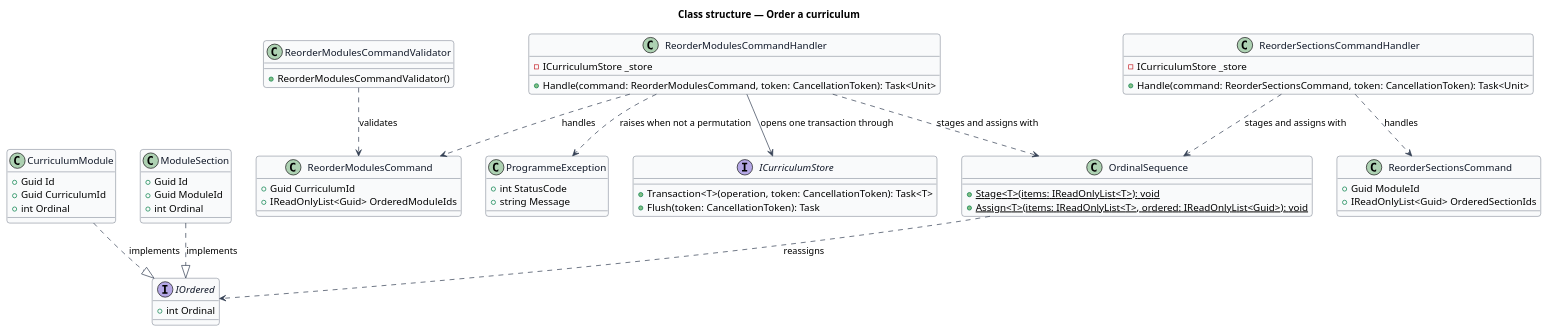
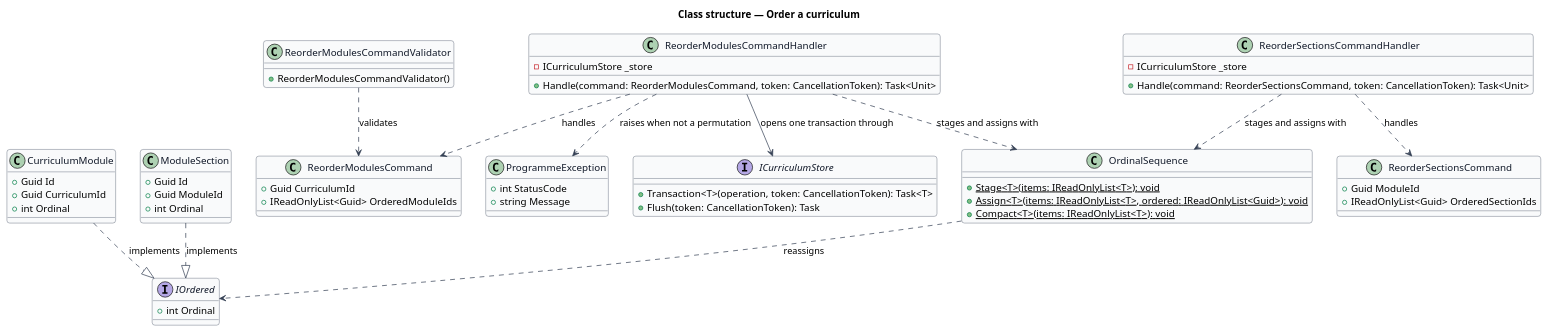
The diagram in docs/detailed-designs/administration/order-curriculum/diagrams/class-structure.puml (QuinntyneBrown/quinntyne-brown-stewardship), drawn with PlantUML before and after one commit. The commit also changed 8 other files, not shown here.

```diff
--- a/docs/detailed-designs/administration/order-curriculum/diagrams/class-structure.puml
+++ b/docs/detailed-designs/administration/order-curriculum/diagrams/class-structure.puml
@@ -1,79 +1,80 @@
 @startuml
 skinparam backgroundColor #FFFFFF
 skinparam shadowing false
 skinparam roundcorner 8
 skinparam defaultFontName Arial
 skinparam ArrowColor #344054
 skinparam class {
   BorderColor #344054
   FontColor #101828
   BackgroundColor #F9FAFB
 }
 title Class structure — Order a curriculum
 
 interface IOrdered {
   +int Ordinal
 }
 
 class CurriculumModule {
   +Guid Id
   +Guid CurriculumId
   +int Ordinal
 }
 
 class ModuleSection {
   +Guid Id
   +Guid ModuleId
   +int Ordinal
 }
 
 class OrdinalSequence {
   +{static} Stage<T>(items: IReadOnlyList<T>): void
   +{static} Assign<T>(items: IReadOnlyList<T>, ordered: IReadOnlyList<Guid>): void
+  +{static} Compact<T>(items: IReadOnlyList<T>): void
 }
 
 class ReorderModulesCommand {
   +Guid CurriculumId
   +IReadOnlyList<Guid> OrderedModuleIds
 }
 
 class ReorderModulesCommandValidator {
   +ReorderModulesCommandValidator()
 }
 
 class ReorderModulesCommandHandler {
   -ICurriculumStore _store
   +Handle(command: ReorderModulesCommand, token: CancellationToken): Task<Unit>
 }
 
 class ReorderSectionsCommand {
   +Guid ModuleId
   +IReadOnlyList<Guid> OrderedSectionIds
 }
 
 class ReorderSectionsCommandHandler {
   -ICurriculumStore _store
   +Handle(command: ReorderSectionsCommand, token: CancellationToken): Task<Unit>
 }
 
 class ProgrammeException {
   +int StatusCode
   +string Message
 }
 
 interface ICurriculumStore {
   +Transaction<T>(operation, token: CancellationToken): Task<T>
   +Flush(token: CancellationToken): Task
 }
 
 CurriculumModule ..|> IOrdered : implements
 ModuleSection ..|> IOrdered : implements
 OrdinalSequence ..> IOrdered : reassigns
 ReorderModulesCommandValidator ..> ReorderModulesCommand : validates
 ReorderModulesCommandHandler ..> ReorderModulesCommand : handles
 ReorderModulesCommandHandler ..> OrdinalSequence : stages and assigns with
 ReorderModulesCommandHandler --> ICurriculumStore : opens one transaction through
 ReorderModulesCommandHandler ..> ProgrammeException : raises when not a permutation
 ReorderSectionsCommandHandler ..> ReorderSectionsCommand : handles
 ReorderSectionsCommandHandler ..> OrdinalSequence : stages and assigns with
 @enduml
```
